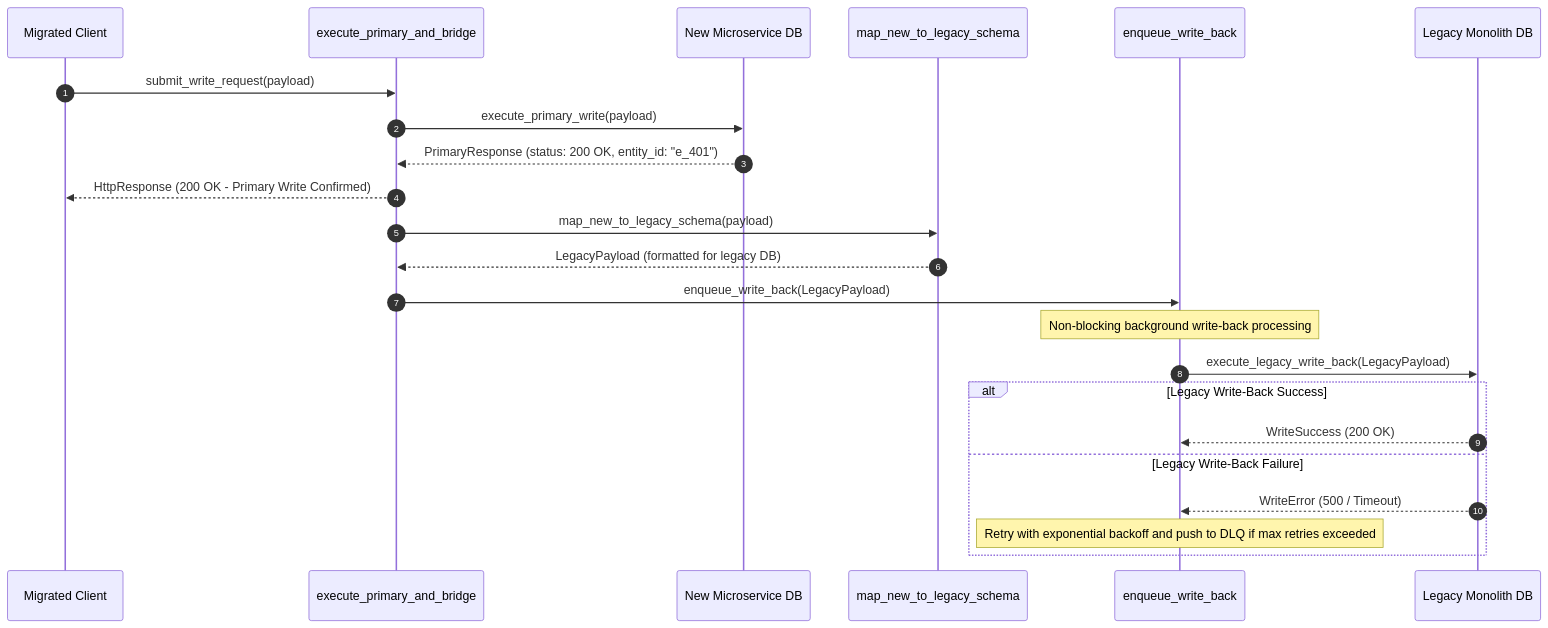
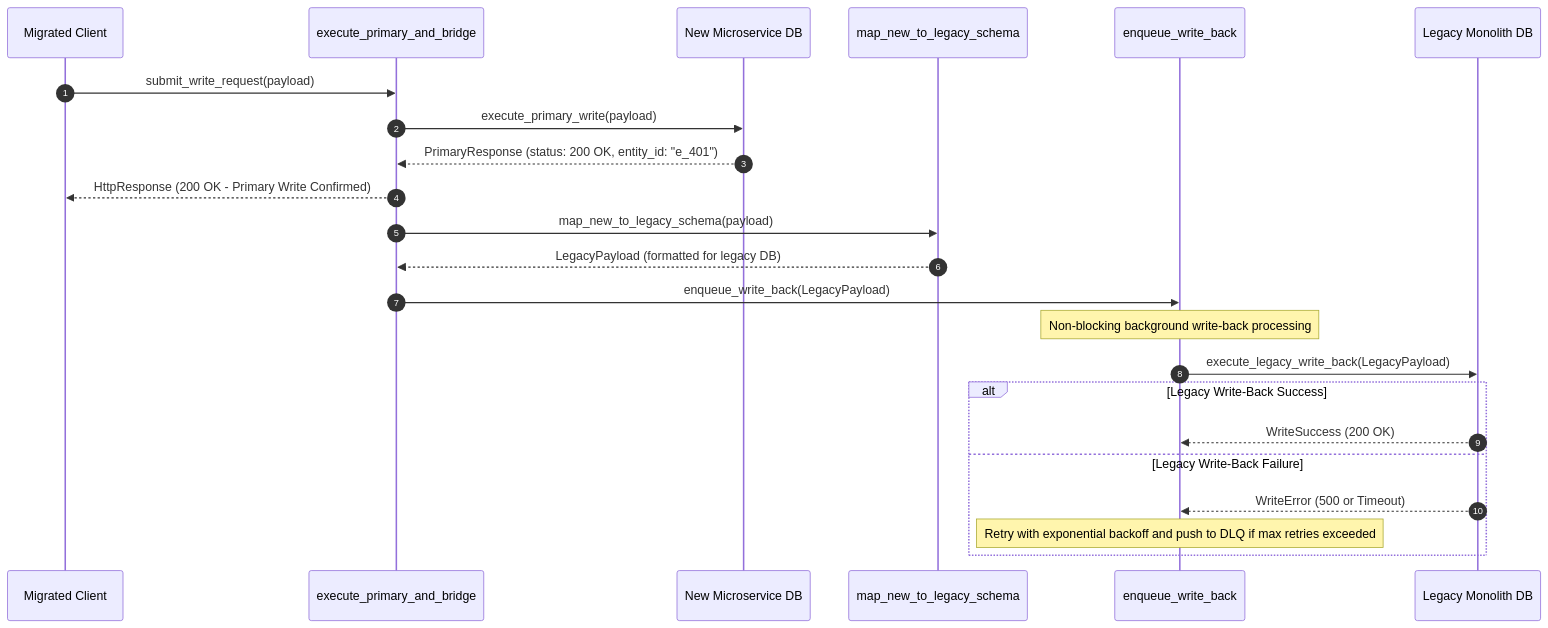
Before and after one commit to Chief-Strategist-J/llm-observability-platform: the second of 2 diagrams in notebooks/runbooks/refs/09-migration-bridges-and-sync/write-back-bridge.md, drawn with Mermaid. The commit also changed 35 other files, not shown here.

Commit message:
fix(docs): resolve sequence diagram message label syntax errors across runbook suite

````diff
--- a/notebooks/runbooks/refs/09-migration-bridges-and-sync/write-back-bridge.md
+++ b/notebooks/runbooks/refs/09-migration-bridges-and-sync/write-back-bridge.md
@@ -66,31 +66,31 @@
 ```mermaid
 sequenceDiagram
     autonumber
     participant Client as Migrated Client
     participant Engine as execute_primary_and_bridge
     participant PrimaryDB as New Microservice DB
     participant Mapper as map_new_to_legacy_schema
     participant Queue as enqueue_write_back
     participant LegacyDB as Legacy Monolith DB
 
     Client->>Engine: submit_write_request(payload)
     
     Engine->>PrimaryDB: execute_primary_write(payload)
     PrimaryDB-->>Engine: PrimaryResponse (status: 200 OK, entity_id: "e_401")
     Engine-->>Client: HttpResponse (200 OK - Primary Write Confirmed)
 
     Engine->>Mapper: map_new_to_legacy_schema(payload)
     Mapper-->>Engine: LegacyPayload (formatted for legacy DB)
 
     Engine->>Queue: enqueue_write_back(LegacyPayload)
     Note over Queue: Non-blocking background write-back processing
 
     Queue->>LegacyDB: execute_legacy_write_back(LegacyPayload)
     
     alt Legacy Write-Back Success
         LegacyDB-->>Queue: WriteSuccess (200 OK)
     else Legacy Write-Back Failure
-        LegacyDB-->>Queue: WriteError (500 / Timeout)
+        LegacyDB-->>Queue: WriteError (500 or Timeout)
         Note over Queue: Retry with exponential backoff and push to DLQ if max retries exceeded
     end
 ```
````
